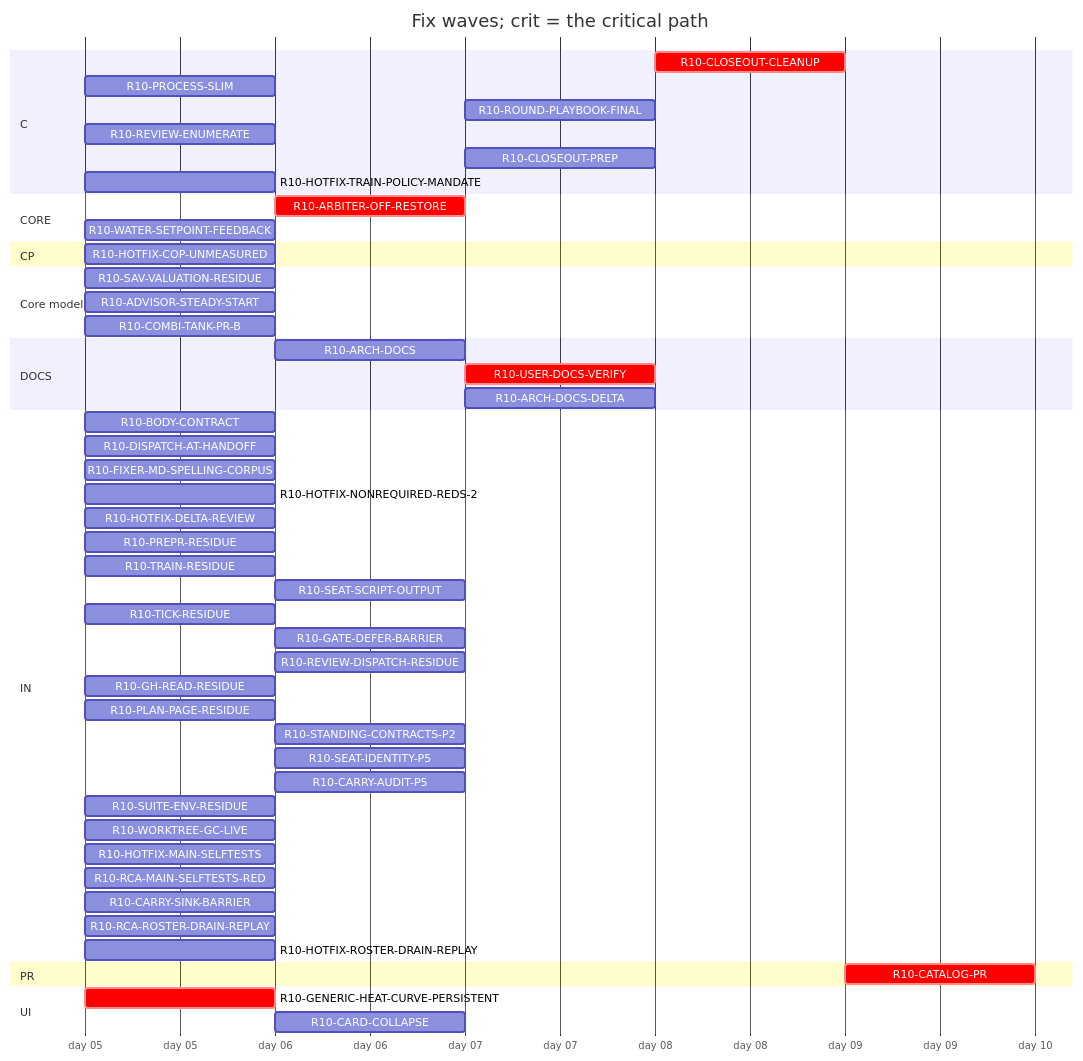
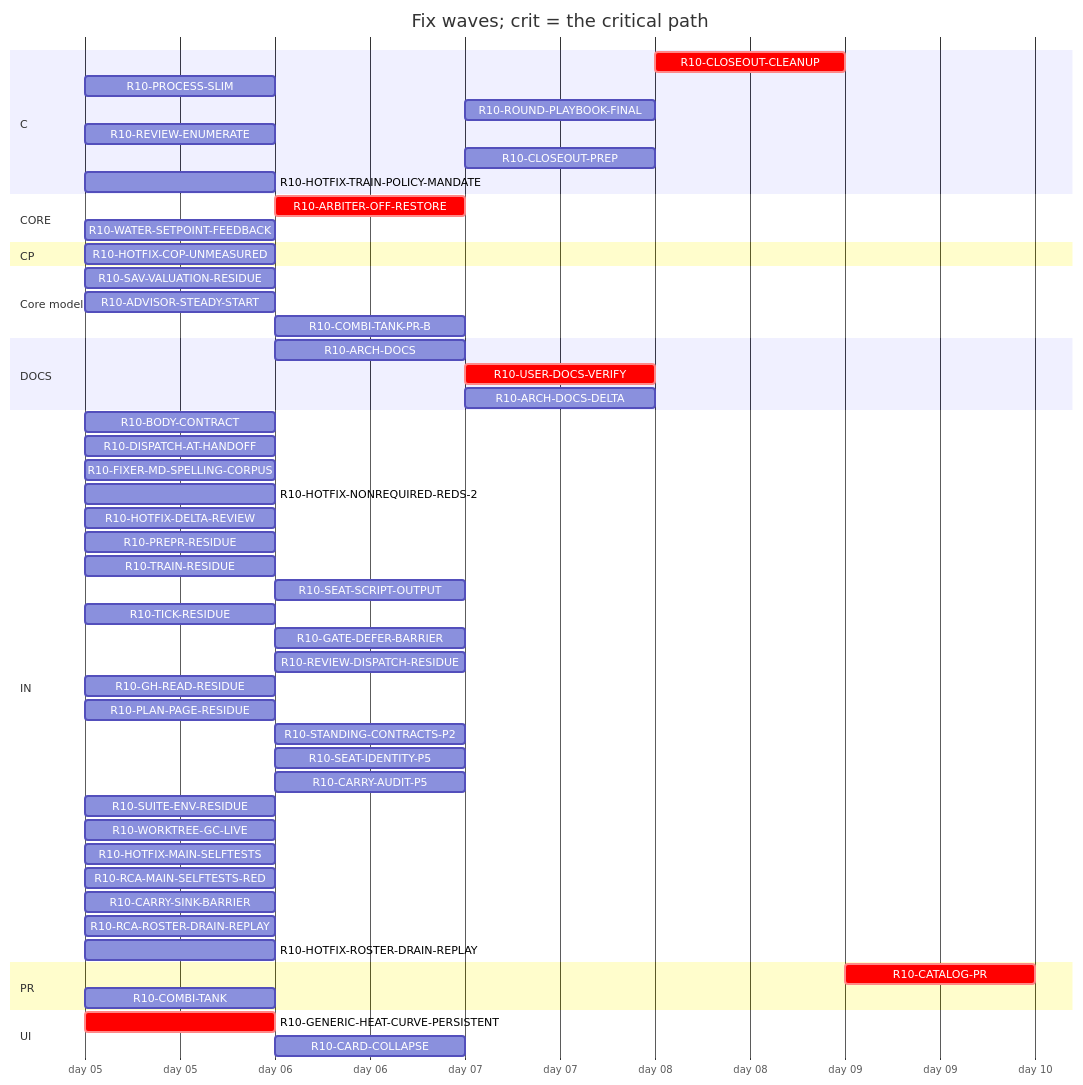
The diagram in handoff/round10/state/PLAN-TABLE.md (tvofi/heatpump_optimizer), drawn with Mermaid before and after one commit. The commit also changed other lines of this file and 4 other files, not shown here.

Commit message:
state: FLOW-BOARD.md, NEXT-SESSION-PROMPT.md, PLAN-TABLE.md, PLAN.html, RESUME-CURRENT.md regenerated (state_docs.py)

````diff
--- a/handoff/round10/state/PLAN-TABLE.md
+++ b/handoff/round10/state/PLAN-TABLE.md
@@ -21,55 +21,56 @@
 ```mermaid
 gantt
   title Fix waves; crit = the critical path
   dateFormat YYYY-MM-DD
   axisFormat day %d
   section C
     R10-CLOSEOUT-CLEANUP :crit, r10CLOSEOUTCLEANUP, after r10ARCHDOCS r10USERDOCSVERIFY r10ROUNDPLAYBOOKFINAL r10CLOSEOUTPREP r10ARCHDOCSDELTA, 1d
     R10-PROCESS-SLIM :r10PROCESSSLIM, 2026-01-05, 1d
     R10-ROUND-PLAYBOOK-FINAL :r10ROUNDPLAYBOOKFINAL, after r10DISPATCHATHANDOFF r10BODYCONTRACT r10PROCESSSLIM r10FIXERMDSPELLINGCORPUS r10PREPRRESIDUE r10SEATSCRIPTOUTPUT r10REVIEWDISPATCHRESIDUE r10CARRYAUDITP5 r10TICKRESIDUE r10SEATIDENTITYP5 r10STANDINGCONTRACTSP2 r10PLANPAGERESIDUE r10TRAINRESIDUE r10GHREADRESIDUE r10SUITEENVRESIDUE r10GATEDEFERBARRIER r10WORKTREEGCLIVE, 1d
     R10-REVIEW-ENUMERATE :r10REVIEWENUMERATE, 2026-01-05, 1d
     R10-CLOSEOUT-PREP :r10CLOSEOUTPREP, after r10ARCHDOCS r10DISPATCHATHANDOFF r10BODYCONTRACT r10PROCESSSLIM r10FIXERMDSPELLINGCORPUS r10PREPRRESIDUE r10SEATSCRIPTOUTPUT r10REVIEWDISPATCHRESIDUE r10CARRYAUDITP5 r10TICKRESIDUE r10SEATIDENTITYP5 r10STANDINGCONTRACTSP2 r10PLANPAGERESIDUE r10TRAINRESIDUE r10GHREADRESIDUE r10SUITEENVRESIDUE r10GATEDEFERBARRIER r10WORKTREEGCLIVE, 1d
     R10-HOTFIX-TRAIN-POLICY-MANDATE :r10HOTFIXTRAINPOLICYMANDATE, 2026-01-05, 1d
   section CORE
     R10-ARBITER-OFF-RESTORE :crit, r10ARBITEROFFRESTORE, after r10GENERICHEATCURVEPERSISTENT r10WATERSETPOINTFEEDBACK, 1d
     R10-WATER-SETPOINT-FEEDBACK :r10WATERSETPOINTFEEDBACK, 2026-01-05, 1d
   section CP
     R10-HOTFIX-COP-UNMEASURED :r10HOTFIXCOPUNMEASURED, 2026-01-05, 1d
   section Core model
     R10-SAV-VALUATION-RESIDUE :r10SAVVALUATIONRESIDUE, 2026-01-05, 1d
     R10-ADVISOR-STEADY-START :r10ADVISORSTEADYSTART, 2026-01-05, 1d
-    R10-COMBI-TANK-PR-B :r10COMBITANKPRB, 2026-01-05, 1d
+    R10-COMBI-TANK-PR-B :r10COMBITANKPRB, after r10COMBITANK, 1d
   section DOCS
     R10-ARCH-DOCS :r10ARCHDOCS, after r10DISPATCHATHANDOFF r10BODYCONTRACT r10PROCESSSLIM, 1d
-    R10-USER-DOCS-VERIFY :crit, r10USERDOCSVERIFY, after r10HOTFIXCOPUNMEASURED r10GENERICHEATCURVEPERSISTENT r10ARBITEROFFRESTORE, 1d
-    R10-ARCH-DOCS-DELTA :r10ARCHDOCSDELTA, after r10ARCHDOCS r10HOTFIXCOPUNMEASURED r10GENERICHEATCURVEPERSISTENT r10ARBITEROFFRESTORE r10SAVVALUATIONRESIDUE r10ADVISORSTEADYSTART r10COMBITANKPRB, 1d
+    R10-USER-DOCS-VERIFY :crit, r10USERDOCSVERIFY, after r10HOTFIXCOPUNMEASURED r10GENERICHEATCURVEPERSISTENT r10ARBITEROFFRESTORE r10COMBITANK, 1d
+    R10-ARCH-DOCS-DELTA :r10ARCHDOCSDELTA, after r10ARCHDOCS r10HOTFIXCOPUNMEASURED r10GENERICHEATCURVEPERSISTENT r10ARBITEROFFRESTORE r10COMBITANK r10SAVVALUATIONRESIDUE r10ADVISORSTEADYSTART r10COMBITANKPRB, 1d
   section IN
     R10-BODY-CONTRACT :r10BODYCONTRACT, 2026-01-05, 1d
     R10-DISPATCH-AT-HANDOFF :r10DISPATCHATHANDOFF, 2026-01-05, 1d
     R10-FIXER-MD-SPELLING-CORPUS :r10FIXERMDSPELLINGCORPUS, 2026-01-05, 1d
     R10-HOTFIX-NONREQUIRED-REDS-2 :r10HOTFIXNONREQUIREDREDS2, 2026-01-05, 1d
     R10-HOTFIX-DELTA-REVIEW :r10HOTFIXDELTAREVIEW, 2026-01-05, 1d
     R10-PREPR-RESIDUE :r10PREPRRESIDUE, 2026-01-05, 1d
     R10-TRAIN-RESIDUE :r10TRAINRESIDUE, 2026-01-05, 1d
     R10-SEAT-SCRIPT-OUTPUT :r10SEATSCRIPTOUTPUT, after r10TRAINRESIDUE, 1d
     R10-TICK-RESIDUE :r10TICKRESIDUE, 2026-01-05, 1d
     R10-GATE-DEFER-BARRIER :r10GATEDEFERBARRIER, after r10TRAINRESIDUE r10TICKRESIDUE, 1d
     R10-REVIEW-DISPATCH-RESIDUE :r10REVIEWDISPATCHRESIDUE, after r10DISPATCHATHANDOFF r10REVIEWENUMERATE r10HOTFIXDELTAREVIEW r10PROCESSSLIM, 1d
     R10-GH-READ-RESIDUE :r10GHREADRESIDUE, 2026-01-05, 1d
     R10-PLAN-PAGE-RESIDUE :r10PLANPAGERESIDUE, 2026-01-05, 1d
     R10-STANDING-CONTRACTS-P2 :r10STANDINGCONTRACTSP2, after r10FIXERMDSPELLINGCORPUS, 1d
     R10-SEAT-IDENTITY-P5 :r10SEATIDENTITYP5, after r10TICKRESIDUE, 1d
     R10-CARRY-AUDIT-P5 :r10CARRYAUDITP5, after r10BODYCONTRACT, 1d
     R10-SUITE-ENV-RESIDUE :r10SUITEENVRESIDUE, 2026-01-05, 1d
     R10-WORKTREE-GC-LIVE :r10WORKTREEGCLIVE, 2026-01-05, 1d
     R10-HOTFIX-MAIN-SELFTESTS :r10HOTFIXMAINSELFTESTS, 2026-01-05, 1d
     R10-RCA-MAIN-SELFTESTS-RED :r10RCAMAINSELFTESTSRED, 2026-01-05, 1d
     R10-CARRY-SINK-BARRIER :r10CARRYSINKBARRIER, 2026-01-05, 1d
     R10-RCA-ROSTER-DRAIN-REPLAY :r10RCAROSTERDRAINREPLAY, 2026-01-05, 1d
     R10-HOTFIX-ROSTER-DRAIN-REPLAY :r10HOTFIXROSTERDRAINREPLAY, 2026-01-05, 1d
   section PR
     R10-CATALOG-PR :crit, r10CATALOGPR, after r10USERDOCSVERIFY r10ARCHDOCS r10ROUNDPLAYBOOKFINAL r10CLOSEOUTCLEANUP r10CLOSEOUTPREP r10ARCHDOCSDELTA, 1d
+    R10-COMBI-TANK :r10COMBITANK, 2026-01-05, 1d
   section UI
     R10-GENERIC-HEAT-CURVE-PERSISTENT :crit, r10GENERICHEATCURVEPERSISTENT, 2026-01-05, 1d
     R10-CARD-COLLAPSE :r10CARDCOLLAPSE, after r10HOTFIXCOPUNMEASURED, 1d
 ```
````
